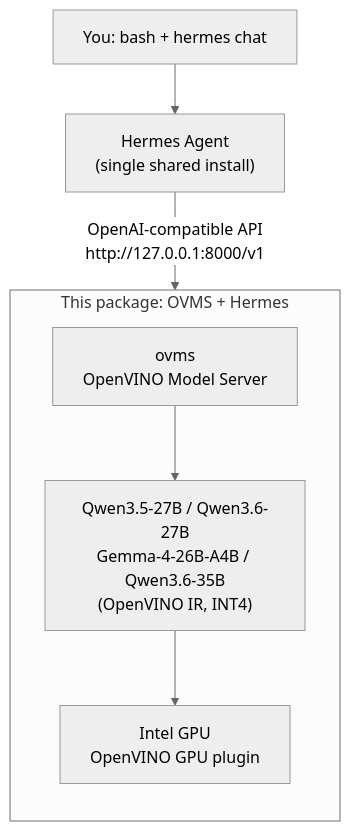
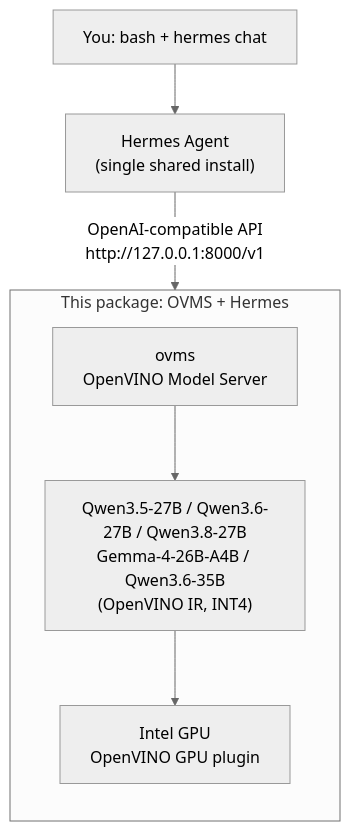
One commit to bjodom/Windows-Local-Workshop-Installers changed the diagram in ovms-workshop/Linux/README.md. Above: the diagram before and after it, drawn with Mermaid (neutral theme). The commit also changed other lines of this file and 5 other files, not shown here.

Commit message:
Add Qwen3.8 OVMS model support

````diff
--- a/ovms-workshop/Linux/README.md
+++ b/ovms-workshop/Linux/README.md
@@ -5,12 +5,12 @@
 ```mermaid
 flowchart TD
     User["You: bash + hermes chat"] --> Hermes["Hermes Agent<br/>(single shared install)"]
 
     Hermes -->|"OpenAI-compatible API<br/>http://127.0.0.1:8000/v1"| OVMS
 
     subgraph OVMSGroup["This package: OVMS + Hermes"]
         direction TB
-        OVMS["ovms<br/>OpenVINO Model Server"] --> OVMSModel["Qwen3.5-27B / Qwen3.6-27B<br/>Gemma-4-26B-A4B / Qwen3.6-35B<br/>(OpenVINO IR, INT4)"]
+        OVMS["ovms<br/>OpenVINO Model Server"] --> OVMSModel["Qwen3.5-27B / Qwen3.6-27B / Qwen3.8-27B<br/>Gemma-4-26B-A4B / Qwen3.6-35B<br/>(OpenVINO IR, INT4)"]
         OVMSModel --> OVGPU["Intel GPU<br/>OpenVINO GPU plugin"]
     end
 ```
````
